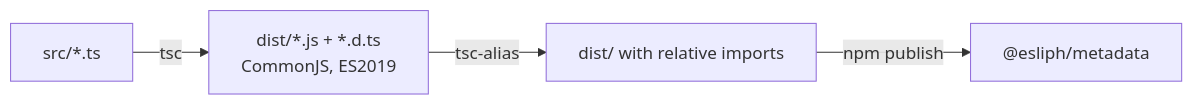
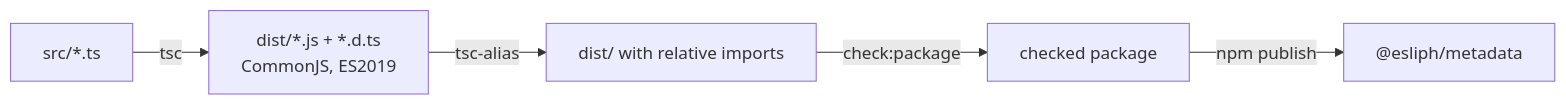
Before and after one commit to esliph/metadata: the third of 3 diagrams in docs/explanation/architecture/overview.md, drawn with Mermaid. The commit also changed other lines of this file and 19 other files, not shown here.

````diff
--- a/docs/explanation/architecture/overview.md
+++ b/docs/explanation/architecture/overview.md
@@ -72,6 +83,7 @@
 ```mermaid
 flowchart LR
   src["src/*.ts"] -- tsc --> js["dist/*.js + *.d.ts<br/>CommonJS, ES2019"]
   js -- tsc-alias --> dist["dist/ with relative imports"]
-  dist -- "npm publish" --> npm["@esliph/metadata"]
+  dist -- "check:package" --> ok["checked package"]
+  ok -- "npm publish" --> npm["@esliph/metadata"]
 ```
````
